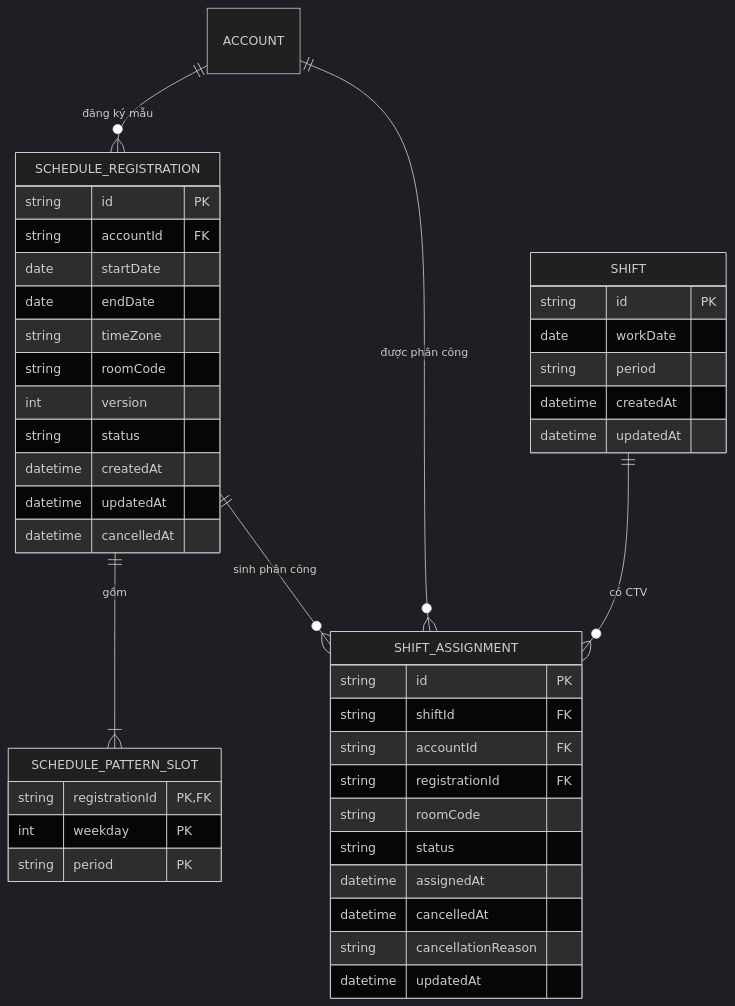
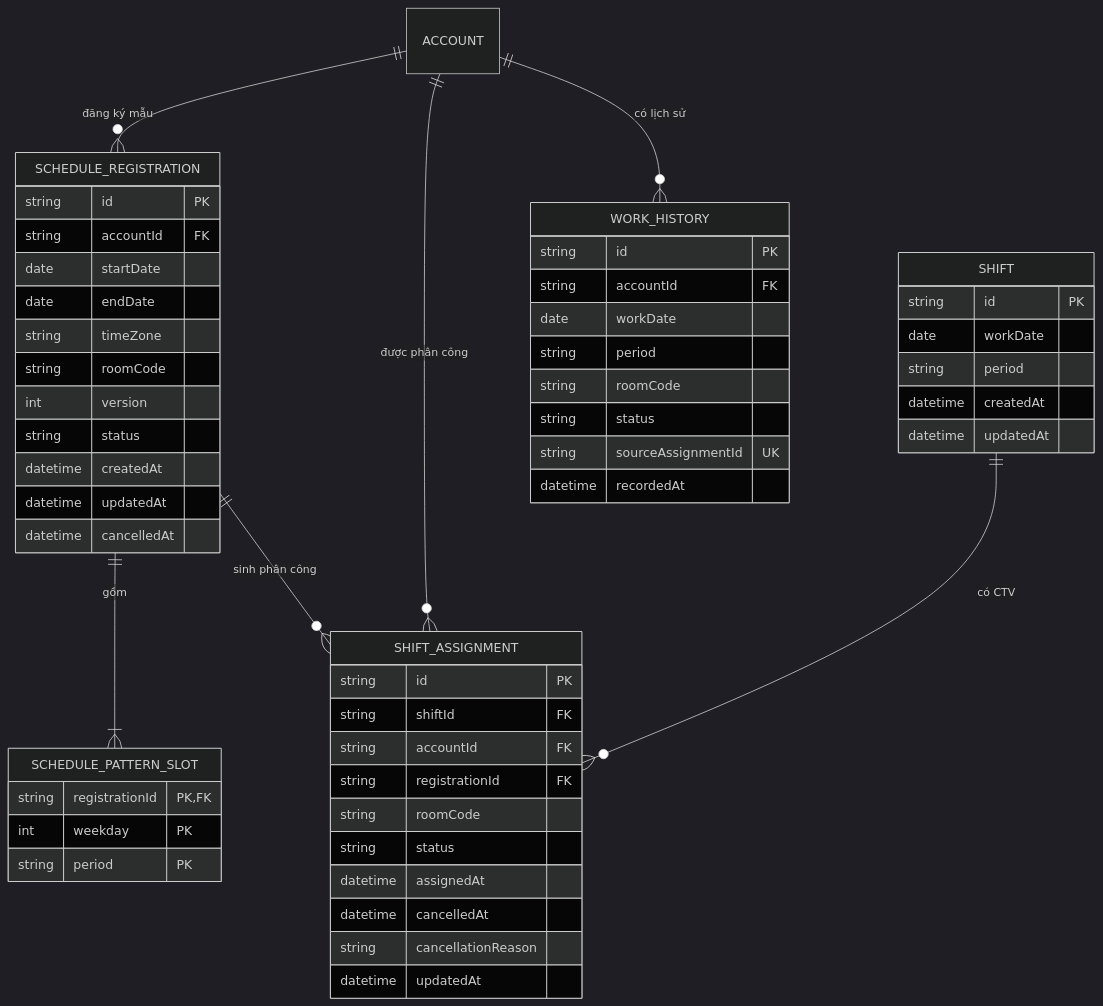
Before and after one commit to MINHDZVODICH/ctv-manage: the second of 2 diagrams in docs/DATABASE.md, drawn with Mermaid (dark theme). The commit also changed other lines of this file and 43 other files, not shown here.

Commit message:
fix(ui): adjust work history loading position, remove empty schedule text, clean sidebar header, and pin package versions

````diff
--- a/docs/DATABASE.md
+++ b/docs/DATABASE.md
@@ -108,49 +108,61 @@
 ```mermaid
 erDiagram
     ACCOUNT ||--o{ SCHEDULE_REGISTRATION : "đăng ký mẫu"
     SCHEDULE_REGISTRATION ||--|{ SCHEDULE_PATTERN_SLOT : "gồm"
     SCHEDULE_REGISTRATION ||--o{ SHIFT_ASSIGNMENT : "sinh phân công"
     ACCOUNT ||--o{ SHIFT_ASSIGNMENT : "được phân công"
     SHIFT ||--o{ SHIFT_ASSIGNMENT : "có CTV"
+    ACCOUNT ||--o{ WORK_HISTORY : "có lịch sử"
 
     SCHEDULE_REGISTRATION {
         string id PK
         string accountId FK
         date startDate
         date endDate
         string timeZone
         string roomCode
         int version
         string status
         datetime createdAt
         datetime updatedAt
         datetime cancelledAt
     }
 
     SCHEDULE_PATTERN_SLOT {
         string registrationId PK,FK
         int weekday PK
         string period PK
     }
 
     SHIFT {
         string id PK
         date workDate
         string period
         datetime createdAt
         datetime updatedAt
     }
 
     SHIFT_ASSIGNMENT {
         string id PK
         string shiftId FK
         string accountId FK
         string registrationId FK
         string roomCode
         string status
         datetime assignedAt
         datetime cancelledAt
         string cancellationReason
         datetime updatedAt
     }
+
+    WORK_HISTORY {
+        string id PK
+        string accountId FK
+        date workDate
+        string period
+        string roomCode
+        string status
+        string sourceAssignmentId UK
+        datetime recordedAt
+    }
 ```
````
